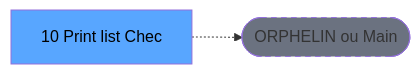
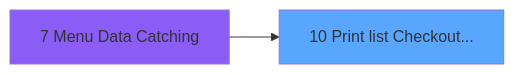
One commit to thonyAGP/magic-migration changed the second of 3 diagrams in .openspec/specs/ADH-IDE-10.md. Above: the diagram before and after it, drawn with Mermaid. The commit also changed other lines of this file and 253 other files, not shown here.

````diff
--- a/.openspec/specs/ADH-IDE-10.md
+++ b/.openspec/specs/ADH-IDE-10.md
@@ -117,8 +268,8 @@
 ```mermaid
 graph LR
-    T[10 Print list Chec]
-    ORPHAN([ORPHELIN ou Main])
-    T -.-> ORPHAN
-    style T fill:#58a6ff,color:#000
-    style ORPHAN fill:#6b7280,stroke-dasharray: 5 5
+    T10[10 Print list Checkout...]
+    style T10 fill:#58a6ff
+    CC7[7 Menu Data Catching]
+    style CC7 fill:#8b5cf6
+    CC7 --> T10
 ```
````
